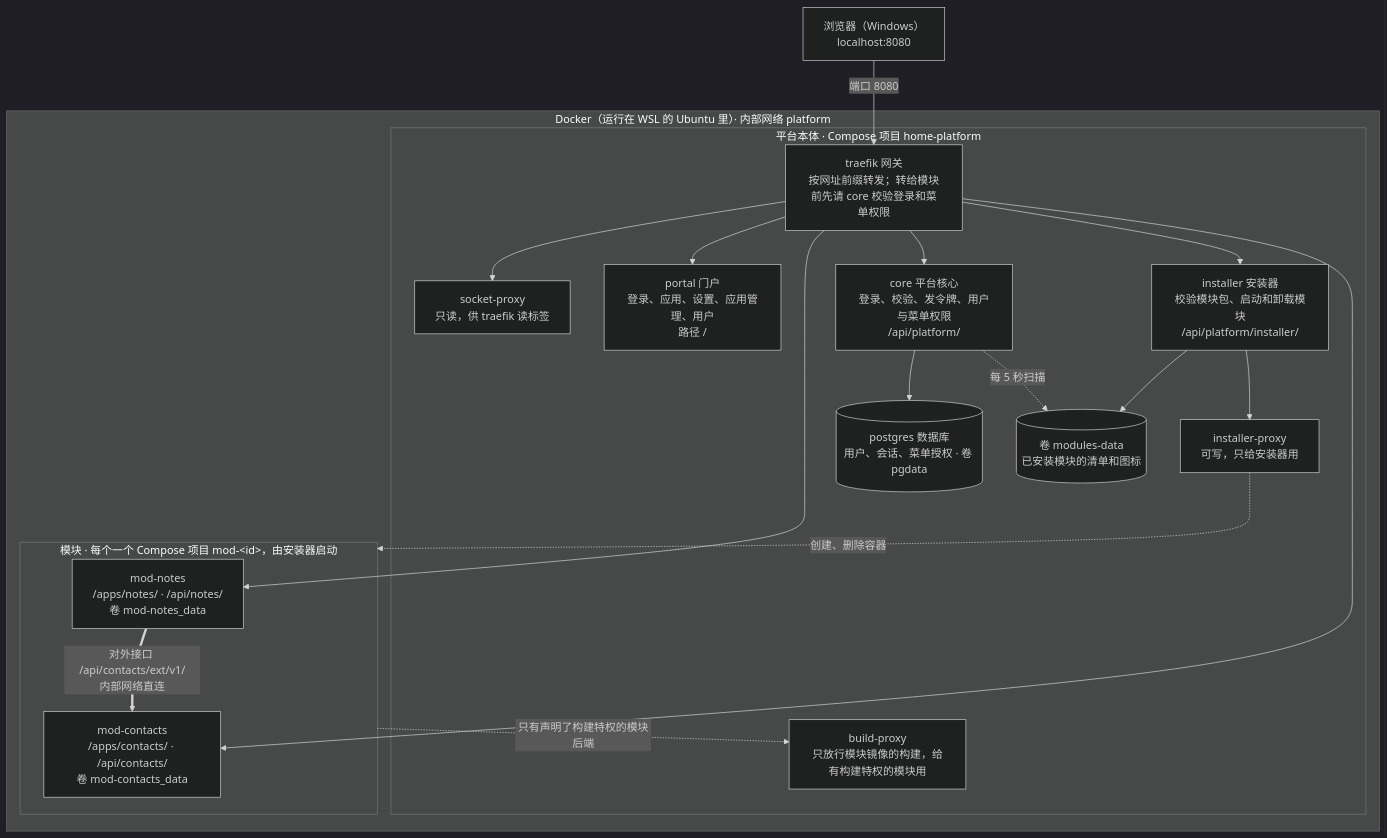
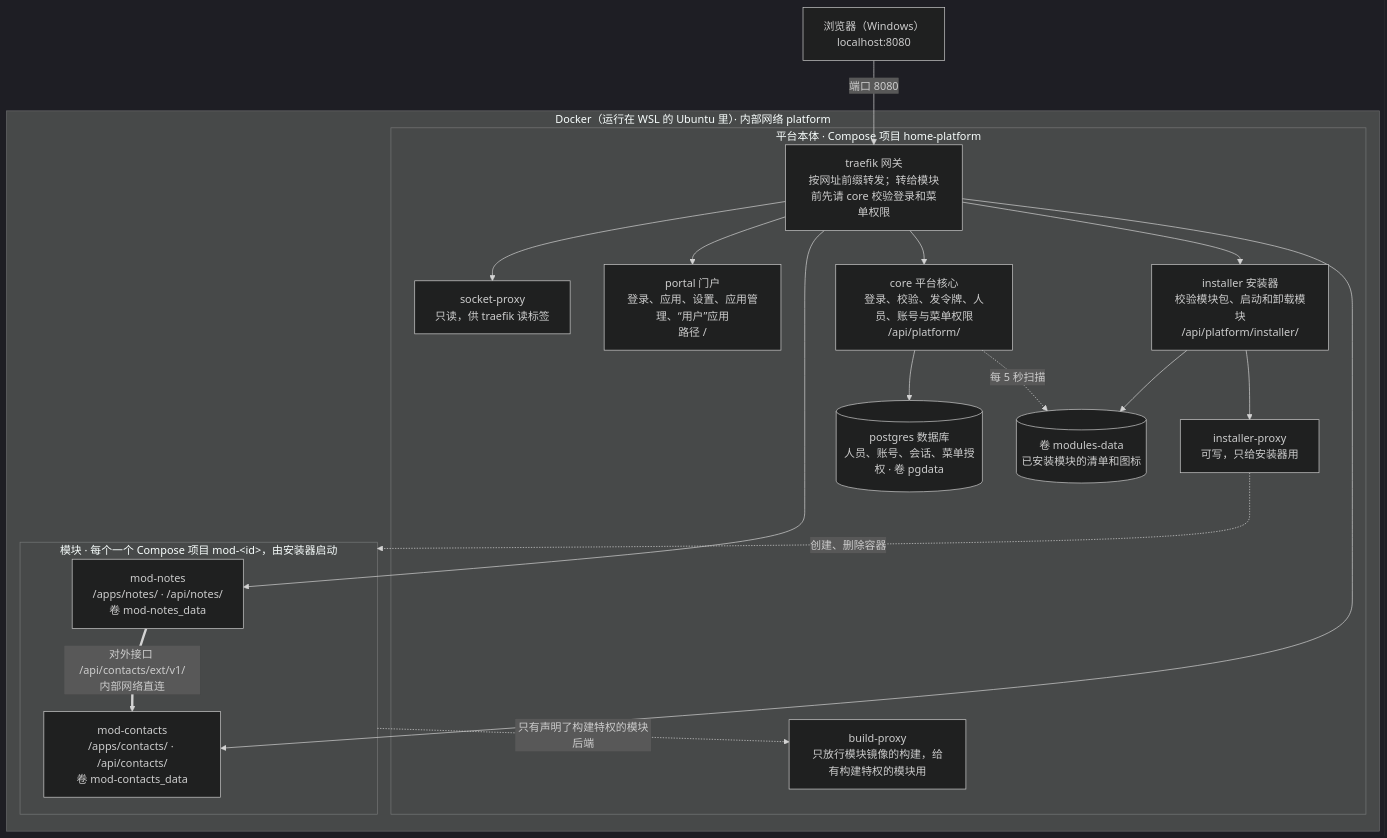
Before and after one commit to Beane-Big/vibebooth: the diagram in ARCHITECTURE.md, drawn with Mermaid (dark theme). The commit also changed other lines of this file and 17 other files, not shown here.

````diff
--- a/ARCHITECTURE.md
+++ b/ARCHITECTURE.md
@@ -20,35 +20,35 @@
 ```mermaid
 flowchart TB
     browser["浏览器（Windows）<br/>localhost:8080"]
     subgraph docker["Docker（运行在 WSL 的 Ubuntu 里）· 内部网络 platform"]
         subgraph base["平台本体 · Compose 项目 home-platform"]
             traefik["traefik 网关<br/>按网址前缀转发；转给模块前先请 core 校验登录和菜单权限"]
             socket["socket-proxy<br/>只读，供 traefik 读标签"]
-            portal["portal 门户<br/>登录、应用、设置、应用管理、用户<br/>路径 /"]
-            core["core 平台核心<br/>登录、校验、发令牌、用户与菜单权限<br/>/api/platform/"]
+            portal["portal 门户<br/>登录、应用、设置、应用管理、“用户”应用<br/>路径 /"]
+            core["core 平台核心<br/>登录、校验、发令牌、人员、账号与菜单权限<br/>/api/platform/"]
             installer["installer 安装器<br/>校验模块包、启动和卸载模块<br/>/api/platform/installer/"]
             iproxy["installer-proxy<br/>可写，只给安装器用"]
             bproxy["build-proxy<br/>只放行模块镜像的构建，给有构建特权的模块用"]
-            pg[("postgres 数据库<br/>用户、会话、菜单授权 · 卷 pgdata")]
+            pg[("postgres 数据库<br/>人员、账号、会话、菜单授权 · 卷 pgdata")]
             mods[("卷 modules-data<br/>已安装模块的清单和图标")]
         end
         subgraph modules["模块 · 每个一个 Compose 项目 mod-&lt;id&gt;，由安装器启动"]
             notes["mod-notes<br/>/apps/notes/ · /api/notes/<br/>卷 mod-notes_data"]
             contacts["mod-contacts<br/>/apps/contacts/ · /api/contacts/<br/>卷 mod-contacts_data"]
         end
     end
     browser -- "端口 8080" --> traefik
     traefik --> socket
     traefik --> portal
     traefik --> core
     traefik --> installer
     traefik --> notes
     traefik --> contacts
     core --> pg
     core -. "每 5 秒扫描" .-> mods
     installer --> mods
     installer --> iproxy
     modules -. "只有声明了构建特权的模块后端" .-> bproxy
     iproxy -. "创建、删除容器" .-> modules
     notes == "对外接口 /api/contacts/ext/v1/<br/>内部网络直连" ==> contacts
 ```
````
